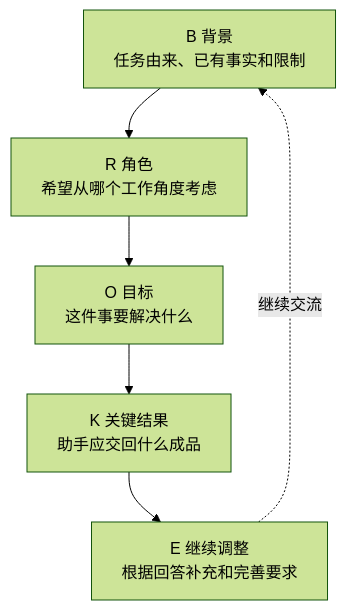
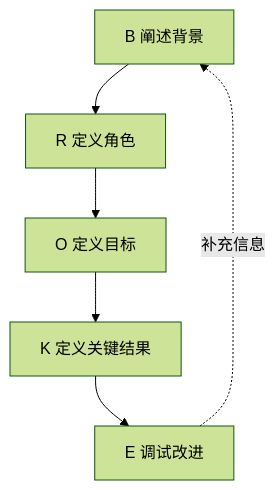
One commit to afeicn/lingdao-ai-office changed the second of 2 diagrams in 01-实务卷/01-oral/04-xiangxiang.md. Above: the diagram before and after it, drawn with Mermaid (forest theme). The commit also changed other lines of this file and 52 other files, not shown here.

````diff
--- a/01-实务卷/01-oral/04-xiangxiang.md
+++ b/01-实务卷/01-oral/04-xiangxiang.md
@@ -504,8 +509,8 @@
 ```mermaid
 flowchart TB
-    A["B 背景<br/>任务由来、已有事实和限制"] --> B["R 角色<br/>希望从哪个工作角度考虑"]
-    B --> C["O 目标<br/>这件事要解决什么"]
-    C --> D["K 关键结果<br/>助手应交回什么成品"]
-    D --> E["E 继续调整<br/>根据回答补充和完善要求"]
-    E -.继续交流.-> A
+    A["B 阐述背景"] --> B["R 定义角色"]
+    B --> C["O 定义目标"]
+    C --> D["K 定义关键结果"]
+    D --> E["E 调试改进"]
+    E -.补充信息.-> A
 ```
````
